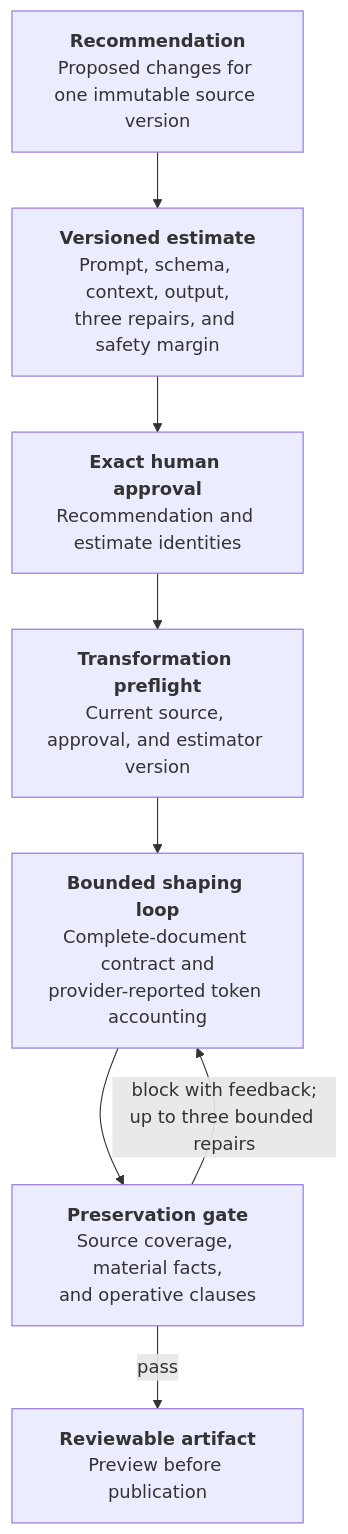
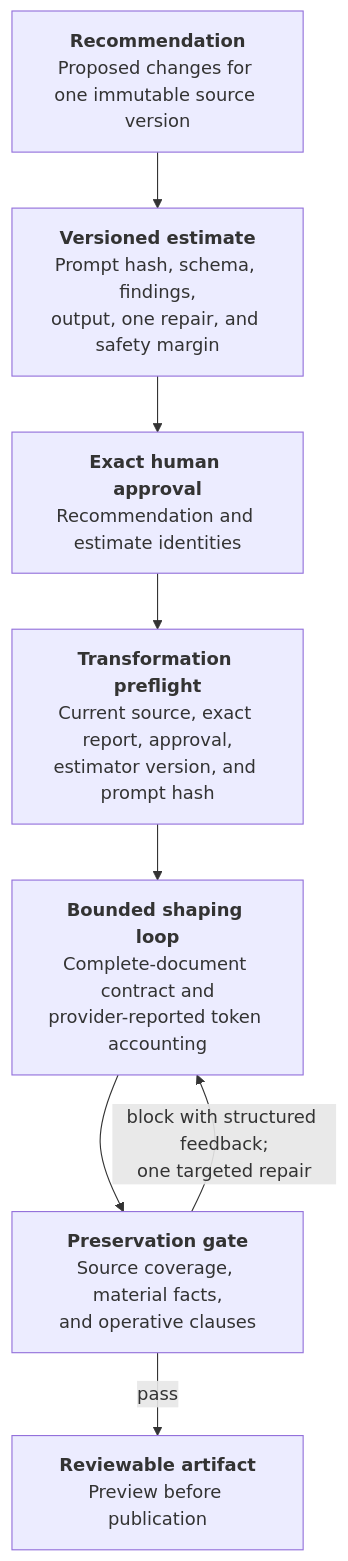
Before and after one commit to stjeffer/shaper: the seventh of 7 diagrams in docs/architecture.md, drawn with Mermaid. The commit also changed other lines of this file and 36 other files, not shown here.

First line of the commit message:
fix(shaping): align assessment evidence with preservation

````diff
--- a/docs/architecture.md
+++ b/docs/architecture.md
@@ -596,29 +615,30 @@
 ```mermaid
 flowchart TB
     recommendation["`**Recommendation**
 Proposed changes for one immutable source version`"]
     estimate["`**Versioned estimate**
-Prompt, schema, context, output,
-three repairs, and safety margin`"]
+Prompt hash, schema, findings,
+output, one repair, and safety margin`"]
     approval["`**Exact human approval**
 Recommendation and estimate identities`"]
     preflight["`**Transformation preflight**
-Current source, approval, and estimator version`"]
+Current source, exact report, approval,
+estimator version, and prompt hash`"]
     shaping["`**Bounded shaping loop**
 Complete-document contract and
 provider-reported token accounting`"]
     preservation["`**Preservation gate**
 Source coverage, material facts,
 and operative clauses`"]
     artifact["`**Reviewable artifact**
 Preview before publication`"]
 
     recommendation --> estimate
     estimate --> approval
     approval --> preflight
     preflight --> shaping
     shaping --> preservation
     preservation -->|"`pass`"| artifact
-    preservation -->|"`block with feedback;
-up to three bounded repairs`"| shaping
+    preservation -->|"`block with structured feedback;
+one targeted repair`"| shaping
 ```
````
